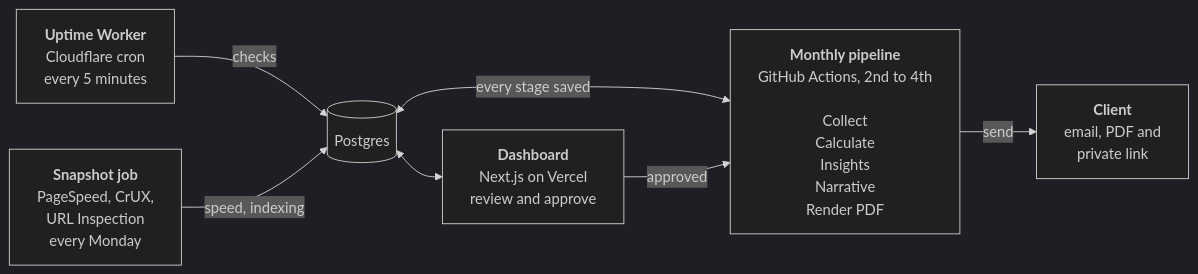
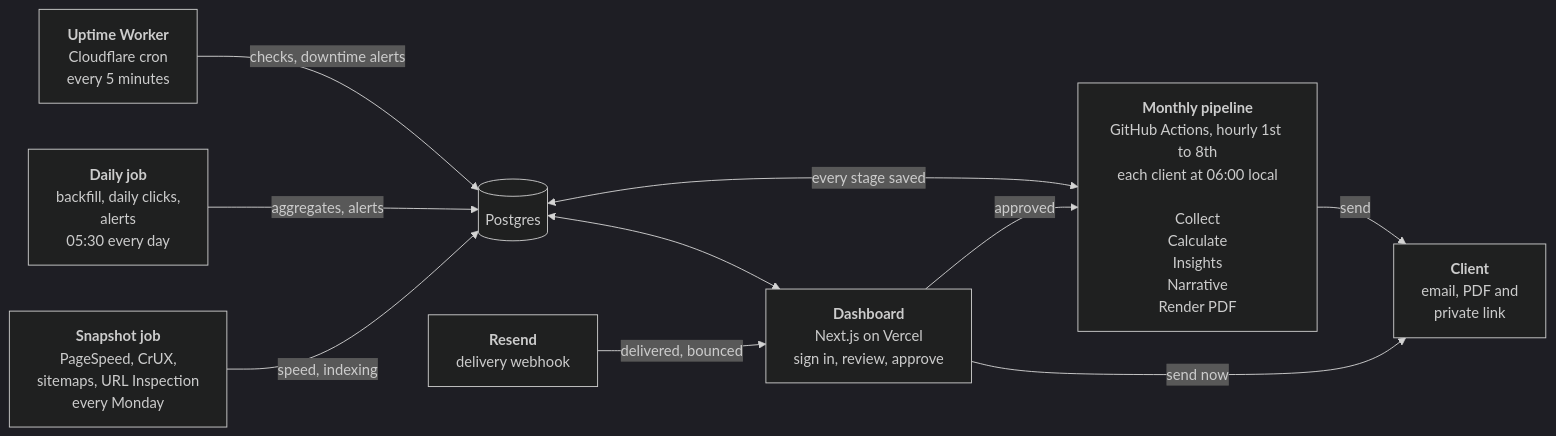
Before and after one commit to zain-ul-abideen-5036/ReportPilot: the diagram in TECHNICAL_README.md, drawn with Mermaid (dark theme). The commit also changed other lines of this file, not shown here.

Commit message:
Technical docs: new variables, local database mode, jobs between reports, security and test layers

````diff
--- a/TECHNICAL_README.md
+++ b/TECHNICAL_README.md
@@ -121,16 +154,21 @@
 ```mermaid
 flowchart LR
     W["<b>Uptime Worker</b><br/>Cloudflare cron<br/>every 5 minutes"]
-    S["<b>Snapshot job</b><br/>PageSpeed, CrUX,<br/>URL Inspection<br/>every Monday"]
+    A["<b>Daily job</b><br/>backfill, daily clicks,<br/>alerts<br/>05:30 every day"]
+    S["<b>Snapshot job</b><br/>PageSpeed, CrUX,<br/>sitemaps, URL Inspection<br/>every Monday"]
     DB[("Postgres")]
-    P["<b>Monthly pipeline</b><br/>GitHub Actions, 2nd to 4th<br/><br/>Collect<br/>Calculate<br/>Insights<br/>Narrative<br/>Render PDF"]
-    D["<b>Dashboard</b><br/>Next.js on Vercel<br/>review and approve"]
+    P["<b>Monthly pipeline</b><br/>GitHub Actions, hourly 1st to 8th<br/>each client at 06:00 local<br/><br/>Collect<br/>Calculate<br/>Insights<br/>Narrative<br/>Render PDF"]
+    D["<b>Dashboard</b><br/>Next.js on Vercel<br/>sign in, review, approve"]
     E["<b>Client</b><br/>email, PDF and<br/>private link"]
+    R["<b>Resend</b><br/>delivery webhook"]
 
-    W -->|"checks"| DB
+    W -->|"checks, downtime alerts"| DB
+    A -->|"aggregates, alerts"| DB
     S -->|"speed, indexing"| DB
     DB <-->|"every stage saved"| P
     DB <--> D
     D -->|"approved"| P
     P -->|"send"| E
+    D -->|"send now"| E
+    R -->|"delivered, bounced"| D
 ```
````
